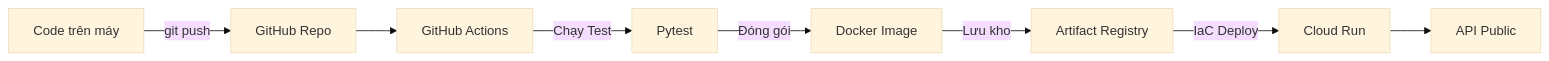
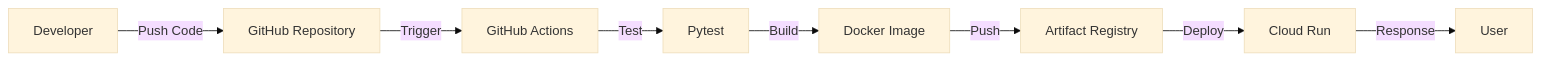
Before and after one commit to Khanhpro098788/ProjectDeploy: the diagram in README.md, drawn with Mermaid (base theme). The commit also changed other lines of this file, not shown here.

````diff
--- a/README.md
+++ b/README.md
@@ -14,10 +18,10 @@
 ```mermaid
 flowchart LR
-    A[Code trên máy] -->|git push| B[GitHub Repo]
-    B --> C[GitHub Actions]
-    C -->|Chạy Test| D[Pytest]
-    D -->|Đóng gói| E[Docker Image]
-    E -->|Lưu kho| F[Artifact Registry]
-    F -->|IaC Deploy| G[Cloud Run]
-    G --> H[API Public]
+    A["Developer"] -->|"Push Code"| B["GitHub Repository"]
+    B -->|"Trigger"| C["GitHub Actions"]
+    C -->|"Test"| D["Pytest"]
+    D -->|"Build"| E["Docker Image"]
+    E -->|"Push"| F["Artifact Registry"]
+    F -->|"Deploy"| G["Cloud Run"]
+    G -->|"Response"| H["User"]
 ```
````
